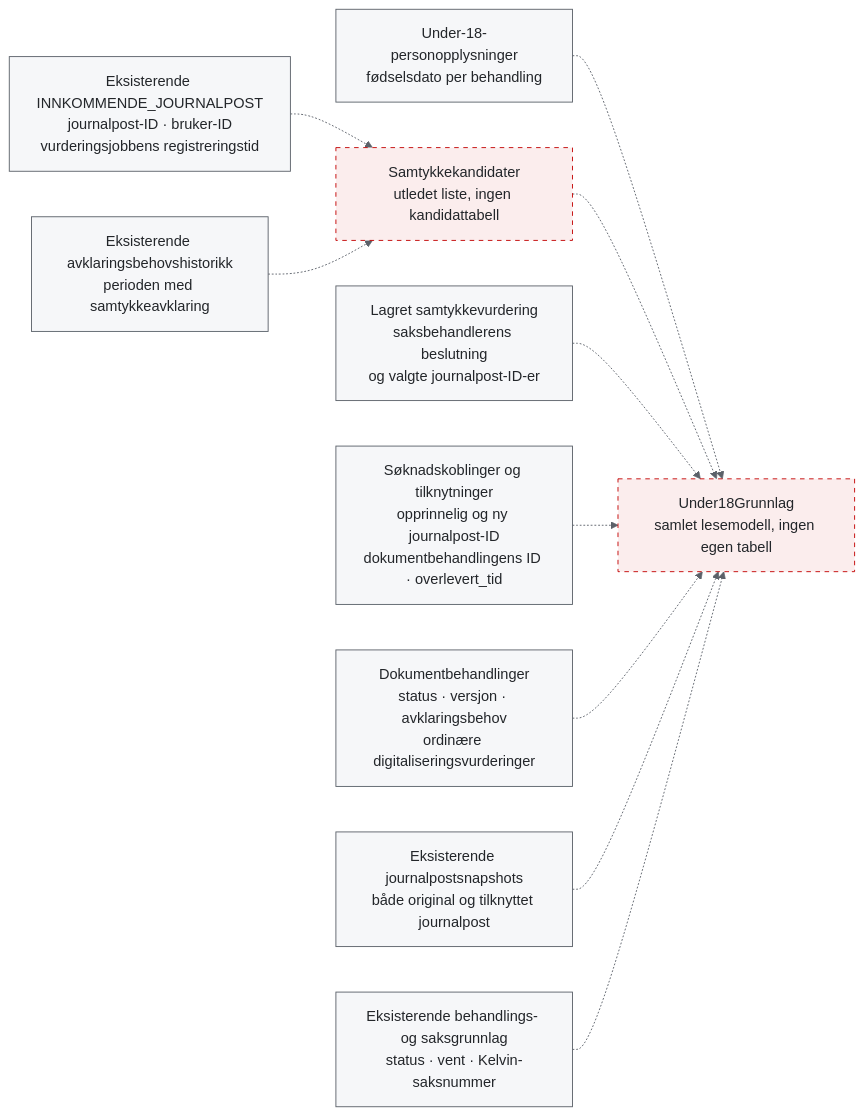
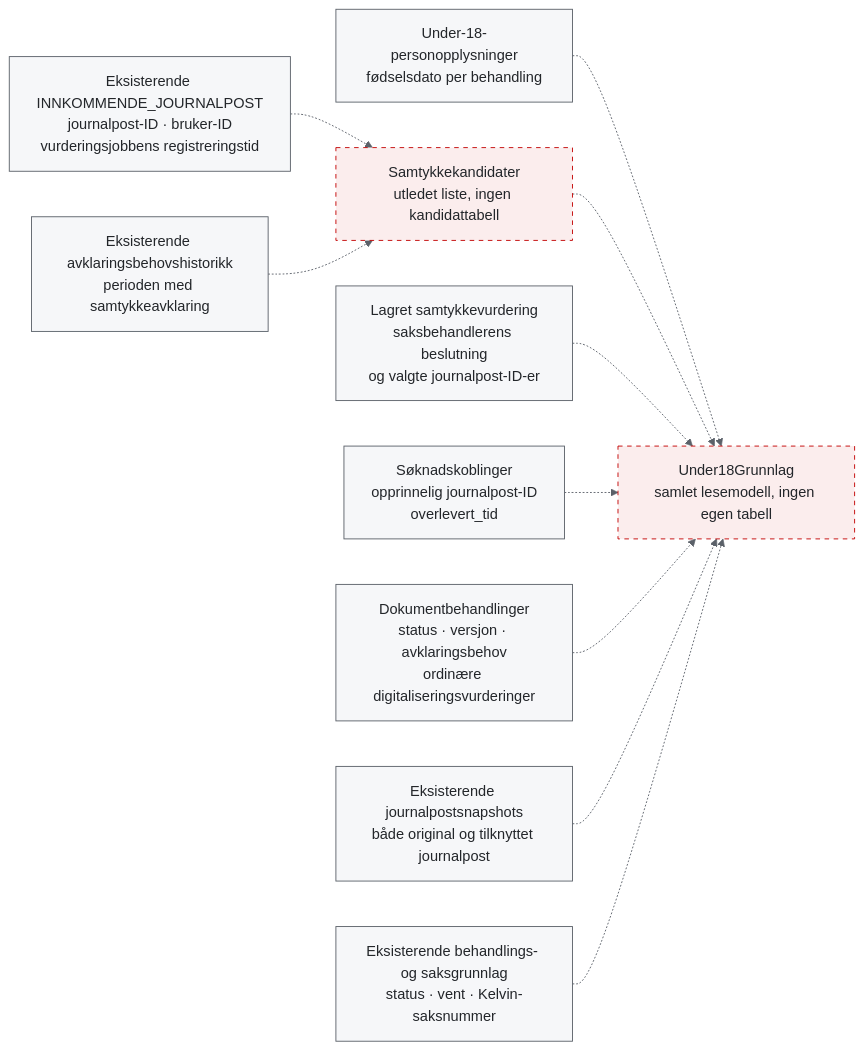
Before and after one commit to navikt/aap-postmottak-backend: the fourth of 6 diagrams in under-18-flyt.md, drawn with Mermaid. The commit also changed other lines of this file and 15 other files, not shown here.

````diff
--- a/under-18-flyt.md
+++ b/under-18-flyt.md
@@ -400,27 +391,27 @@
 ```mermaid
 %%{init: {"theme":"base","themeVariables":{"primaryColor":"#F6F7F9","primaryTextColor":"#23262A","primaryBorderColor":"#5B6169","lineColor":"#5B6169","secondaryColor":"#FBEDED","tertiaryColor":"#F6F7F9","background":"#FFFFFF"}}}%%
 flowchart LR
     mottak["Eksisterende INNKOMMENDE_JOURNALPOST<br/>journalpost-ID · bruker-ID<br/>vurderingsjobbens registreringstid"]
     personopplysninger["Under-18-personopplysninger<br/>fødselsdato per behandling"]
     historikk["Eksisterende avklaringsbehovshistorikk<br/>perioden med samtykkeavklaring"]
     kandidater["Samtykkekandidater<br/>utledet liste, ingen kandidattabell"]
     samtykke["Lagret samtykkevurdering<br/>saksbehandlerens beslutning<br/>og valgte journalpost-ID-er"]
-    soknader["Søknadskoblinger og tilknytninger<br/>opprinnelig og ny journalpost-ID<br/>dokumentbehandlingens ID · overlevert_tid"]
+    soknader["Søknadskoblinger<br/>opprinnelig journalpost-ID<br/>overlevert_tid"]
     dokumentbehandlinger["Dokumentbehandlinger<br/>status · versjon · avklaringsbehov<br/>ordinære digitaliseringsvurderinger"]
     journalposter["Eksisterende journalpostsnapshots<br/>både original og tilknyttet journalpost"]
     behandling["Eksisterende behandlings- og saksgrunnlag<br/>status · vent · Kelvin-saksnummer"]
     grunnlag["Under18Grunnlag<br/>samlet lesemodell, ingen egen tabell"]
     mottak -.-> kandidater
     personopplysninger -.-> grunnlag
     historikk -.-> kandidater
     kandidater -.-> grunnlag
     samtykke -.-> grunnlag
     soknader -.-> grunnlag
     dokumentbehandlinger -.-> grunnlag
     journalposter -.-> grunnlag
     behandling -.-> grunnlag
     classDef lagret fill:#F6F7F9,stroke:#5B6169,color:#23262A
     classDef utledet fill:#FBEDED,stroke:#C30000,color:#23262A,stroke-dasharray:5 5
     class mottak,personopplysninger,historikk,samtykke,soknader,dokumentbehandlinger,journalposter,behandling lagret
     class kandidater,grunnlag utledet
 ```
````
